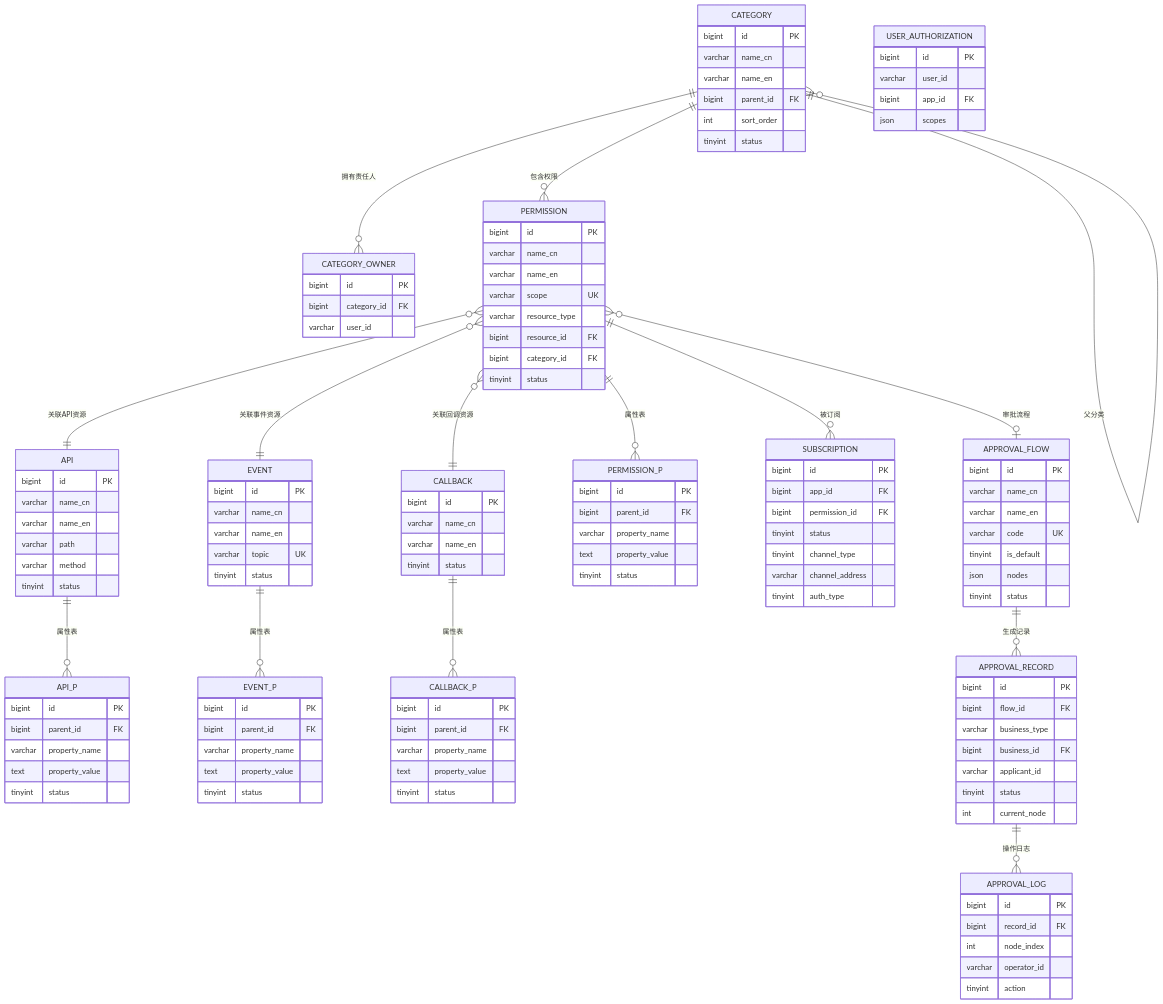
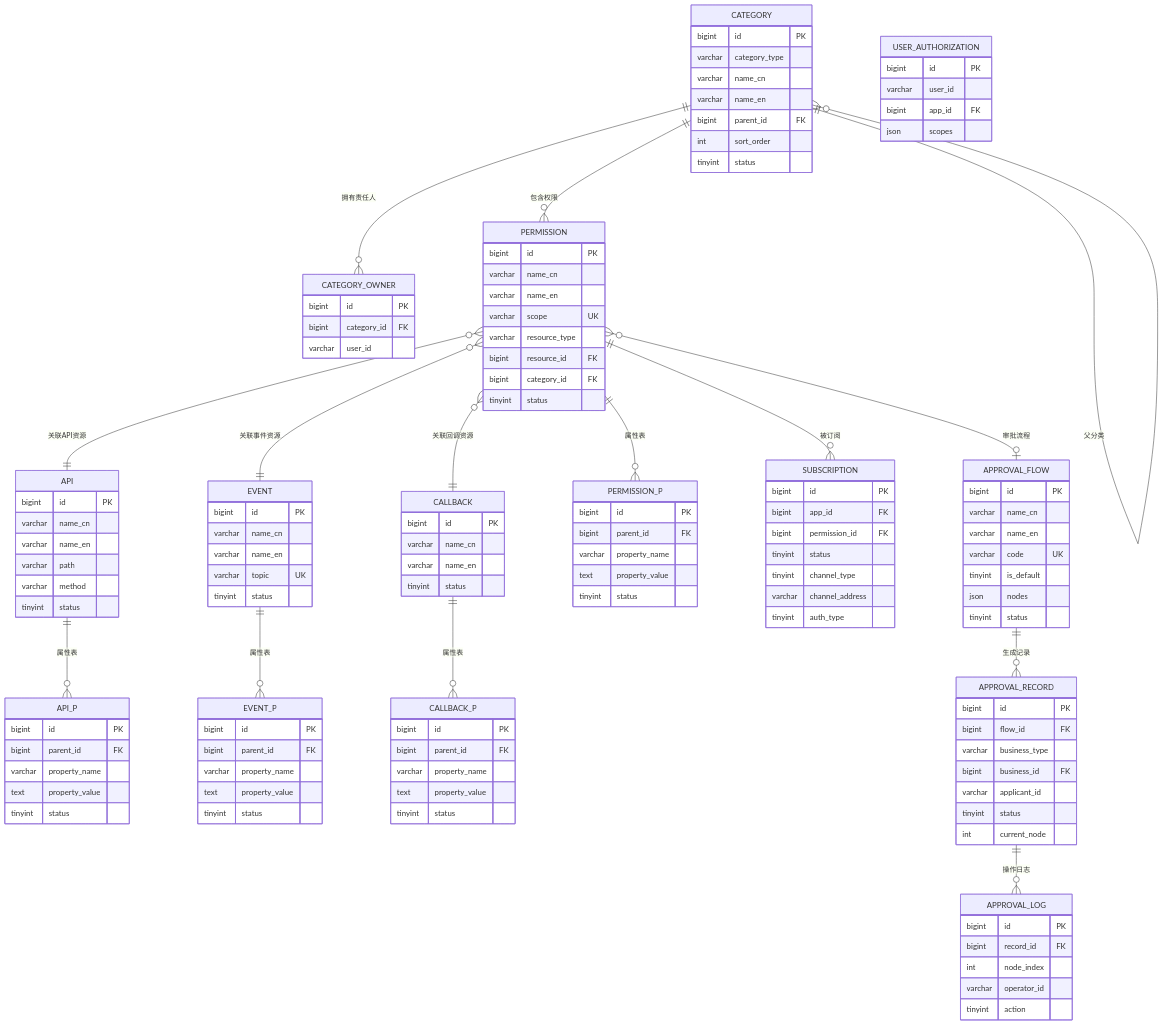
One commit to THZSummer/open-app changed the sixth of 6 diagrams in .sddu/specs-tree-root/specs-tree-capability-open-platform/plan.md. Above: the diagram before and after it, drawn with Mermaid. The commit also changed other lines of this file, not shown here.

First line of the commit message:
feat(plan): 分类表增加 category_type 字段区分权限树

```diff
--- a/.sddu/specs-tree-root/specs-tree-capability-open-platform/plan.md
+++ b/.sddu/specs-tree-root/specs-tree-capability-open-platform/plan.md
@@ -601,6 +601,7 @@
 
     CATEGORY {
         bigint id PK
+        varchar category_type
         varchar name_cn
         varchar name_en
         bigint parent_id FK
```
